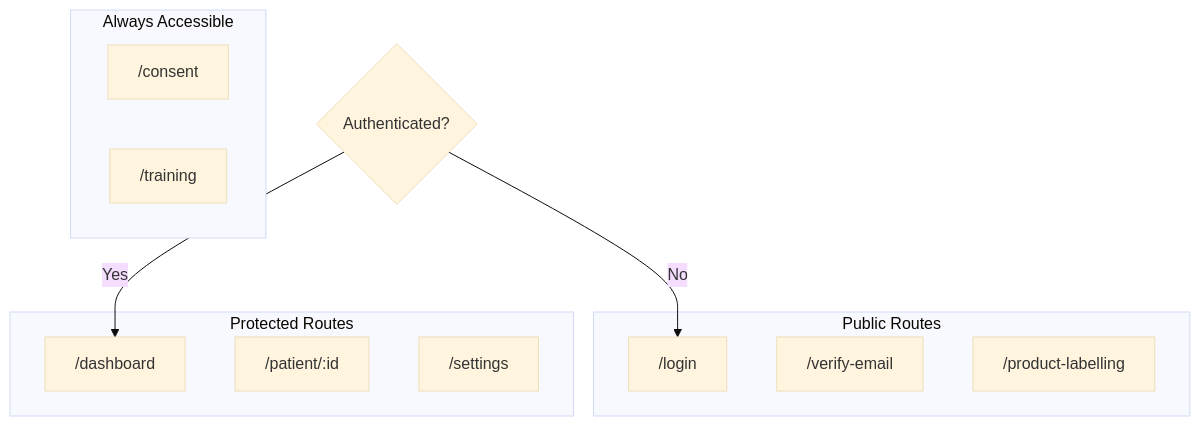
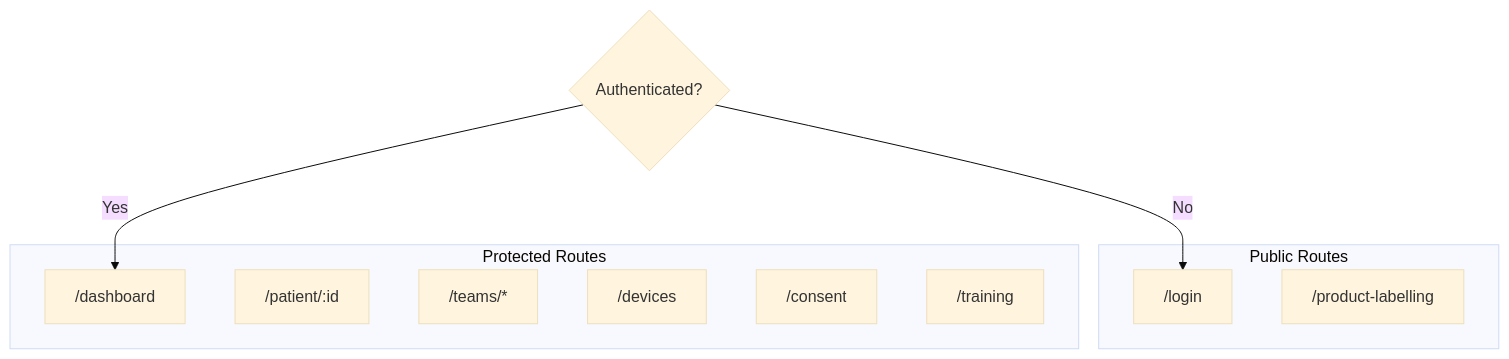
Before and after one commit to mdblp/blip: the fourth of 5 diagrams in docs/Authentication.md, drawn with Mermaid (base theme). The commit also changed other lines of this file and 6 other files, not shown here.

````diff
--- a/docs/Authentication.md
+++ b/docs/Authentication.md
@@ -160,24 +165,21 @@
 ```mermaid
 graph TD
     subgraph "Public Routes"
         LOGIN["/login"]
-        VERIFY["/verify-email"]
         LABELLING["/product-labelling"]
     end
 
     subgraph "Protected Routes"
         DASH["/dashboard"]
-        PATIENT["/patient/:id"]
-        SETTINGS["/settings"]
-    end
-
-    subgraph "Always Accessible"
-        CONSENT["/consent"]
-        TRAINING["/training"]
+      PATIENT["/patient/:id"]
+      TEAMS["/teams/*"]
+      SETTINGS["/devices"]
+      CONSENT["/consent"]
+      TRAINING["/training"]
     end
 
     AUTH{Authenticated?}
 
     AUTH -->|No| LOGIN
     AUTH -->|Yes| DASH
 ```
````
